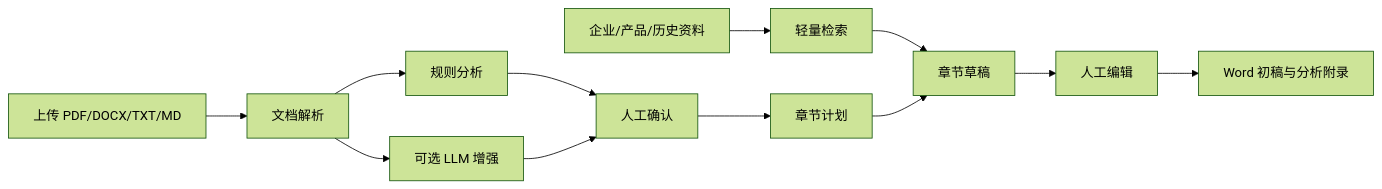
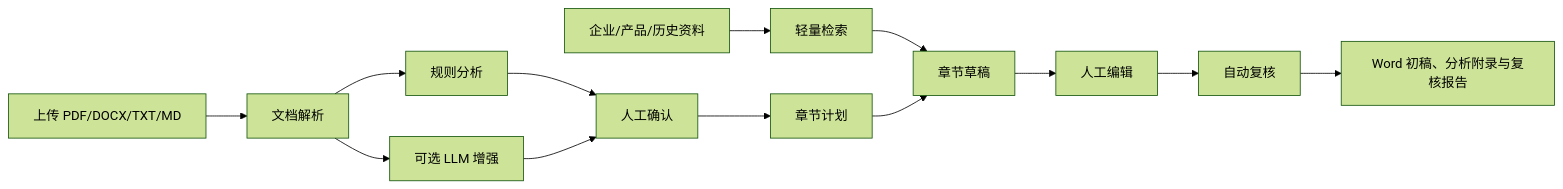
The diagram in 实施方案与项目路径.md (Derr1ckwy/bid-assistant-mvp), drawn with Mermaid (forest theme) before and after one commit. The commit also changed other lines of this file and 14 other files, not shown here.

````diff
--- a/实施方案与项目路径.md
+++ b/实施方案与项目路径.md
@@ -46,14 +47,15 @@
 ```mermaid
 flowchart LR
     A[上传 PDF/DOCX/TXT/MD] --> B[文档解析]
     B --> C[规则分析]
     B --> D[可选 LLM 增强]
     C --> E[人工确认]
     D --> E
     F[企业/产品/历史资料] --> G[轻量检索]
     E --> H[章节计划]
     G --> I[章节草稿]
     H --> I
     I --> J[人工编辑]
-    J --> K[Word 初稿与分析附录]
+    J --> K[自动复核]
+    K --> L[Word 初稿、分析附录与复核报告]
 ```
````
